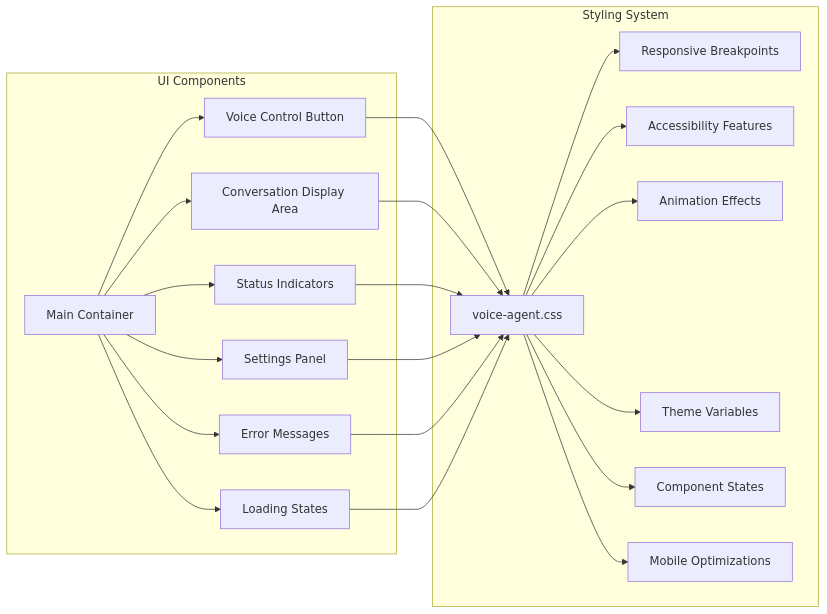
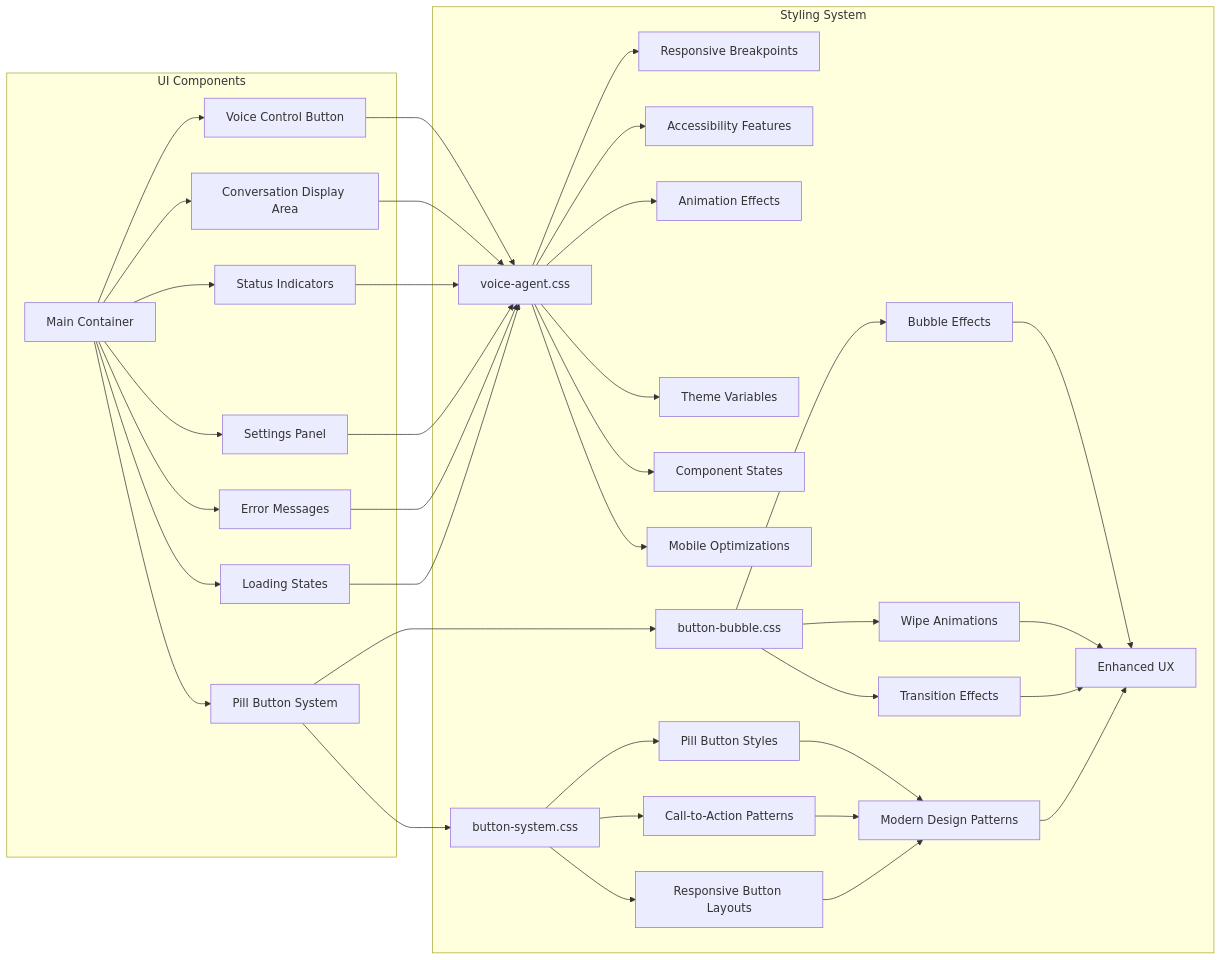
Before and after one commit to Theja4/podiummomentum: the fifth of 7 diagrams in .qoder/repowiki/en/content/Component Architecture/Core Components/Voice AI Agent Demo.md, drawn with Mermaid. The commit also changed other lines of this file and 27 other files, not shown here.

````diff
--- a/.qoder/repowiki/en/content/Component Architecture/Core Components/Voice AI Agent Demo.md
+++ b/.qoder/repowiki/en/content/Component Architecture/Core Components/Voice AI Agent Demo.md
@@ -231,25 +282,41 @@
 ```mermaid
 graph LR
 subgraph "UI Components"
 A[Main Container] --> B[Voice Control Button]
 A --> C[Conversation Display Area]
 A --> D[Status Indicators]
 A --> E[Settings Panel]
 A --> F[Error Messages]
 A --> G[Loading States]
+A --> H[Pill Button System]
 end
 subgraph "Styling System"
-H[voice-agent.css] --> I[Responsive Breakpoints]
-H --> J[Accessibility Features]
-H --> K[Animation Effects]
-H --> L[Theme Variables]
-H --> M[Component States]
-H --> N[Mobile Optimizations]
+I[voice-agent.css] --> J[Responsive Breakpoints]
+I --> K[Accessibility Features]
+I --> L[Animation Effects]
+I --> M[Theme Variables]
+I --> N[Component States]
+I --> O[Mobile Optimizations]
+P[button-system.css] --> Q[Pill Button Styles]
+P --> R[Call-to-Action Patterns]
+P --> S[Responsive Button Layouts]
+T[button-bubble.css] --> U[Bubble Effects]
+T --> V[Wipe Animations]
+T --> W[Transition Effects]
+Q --> X[Modern Design Patterns]
+R --> X
+S --> X
+U --> Y[Enhanced UX]
+V --> Y
+W --> Y
 end
-B --> H
-C --> H
-D --> H
-E --> H
-F --> H
-G --> H
+B --> I
+C --> I
+D --> I
+E --> I
+F --> I
+G --> I
+H --> P
+H --> T
+X --> Y
 ```
````
